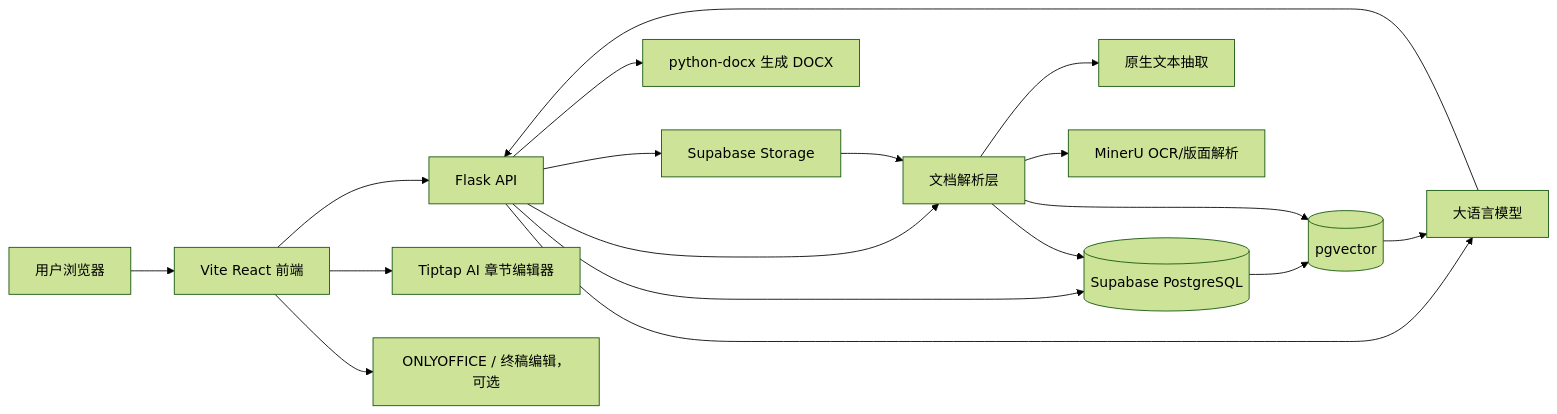
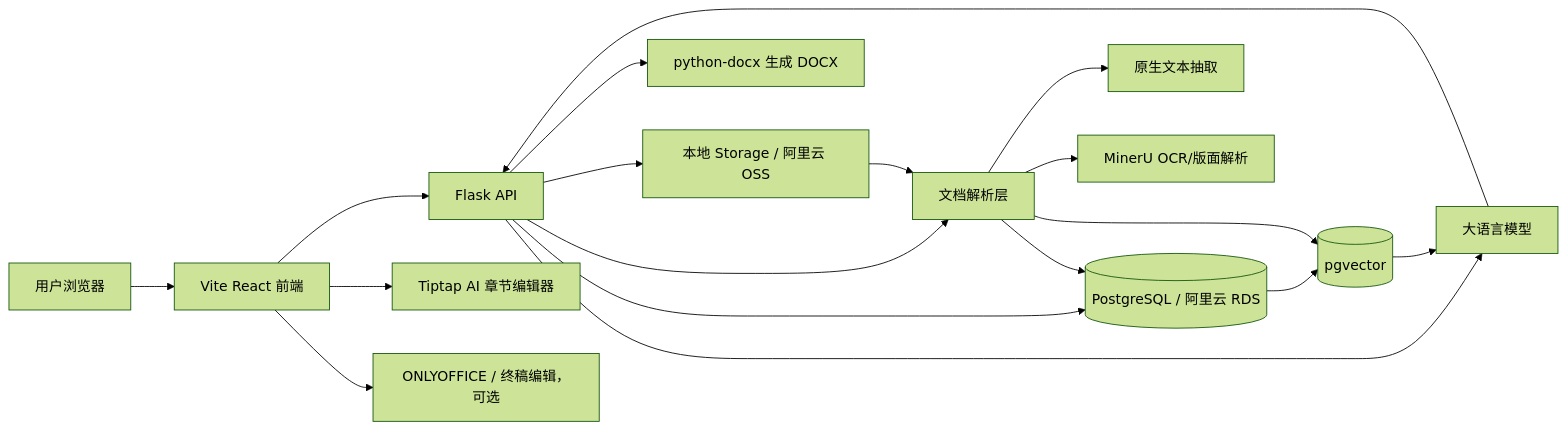
The first of 2 diagrams in docs/architecture/overview.md (sunShineLoveMe/ai_bidding_power_grid), drawn with Mermaid (forest theme) before and after one commit. The commit also changed other lines of this file and 16 other files, not shown here.

First line of the commit message:
docs: migration from Supabase to PostgreSQL & transition to power grid engineering template

````diff
--- a/docs/architecture/overview.md
+++ b/docs/architecture/overview.md
@@ -44,24 +47,24 @@
 ```mermaid
 flowchart LR
     U[用户浏览器] --> FE[Vite React 前端]
     FE --> API[Flask API]
 
-    API --> Storage[Supabase Storage]
-    API --> DB[(Supabase PostgreSQL)]
+    API --> Storage[本地 Storage / 阿里云 OSS]
+    API --> DB[(PostgreSQL / 阿里云 RDS)]
     DB --> Vec[(pgvector)]
 
     API --> Parser[文档解析层]
     Parser --> Native[原生文本抽取]
     Parser --> MinerU[MinerU OCR/版面解析]
 
     API --> LLM[大语言模型]
     API --> Docx[python-docx 生成 DOCX]
     FE --> Tiptap[Tiptap AI 章节编辑器]
     FE --> Office[ONLYOFFICE / 终稿编辑，可选]
 
     Storage --> Parser
     Parser --> DB
     Parser --> Vec
     Vec --> LLM
     LLM --> API
 ```
````
